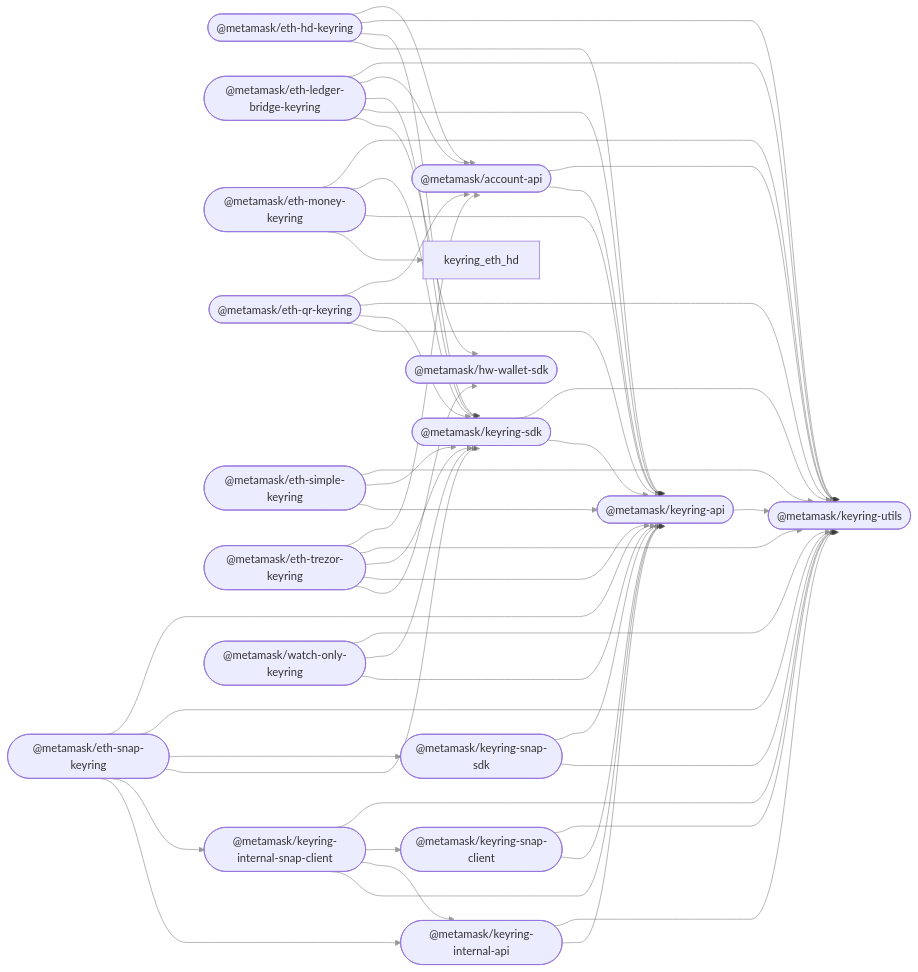
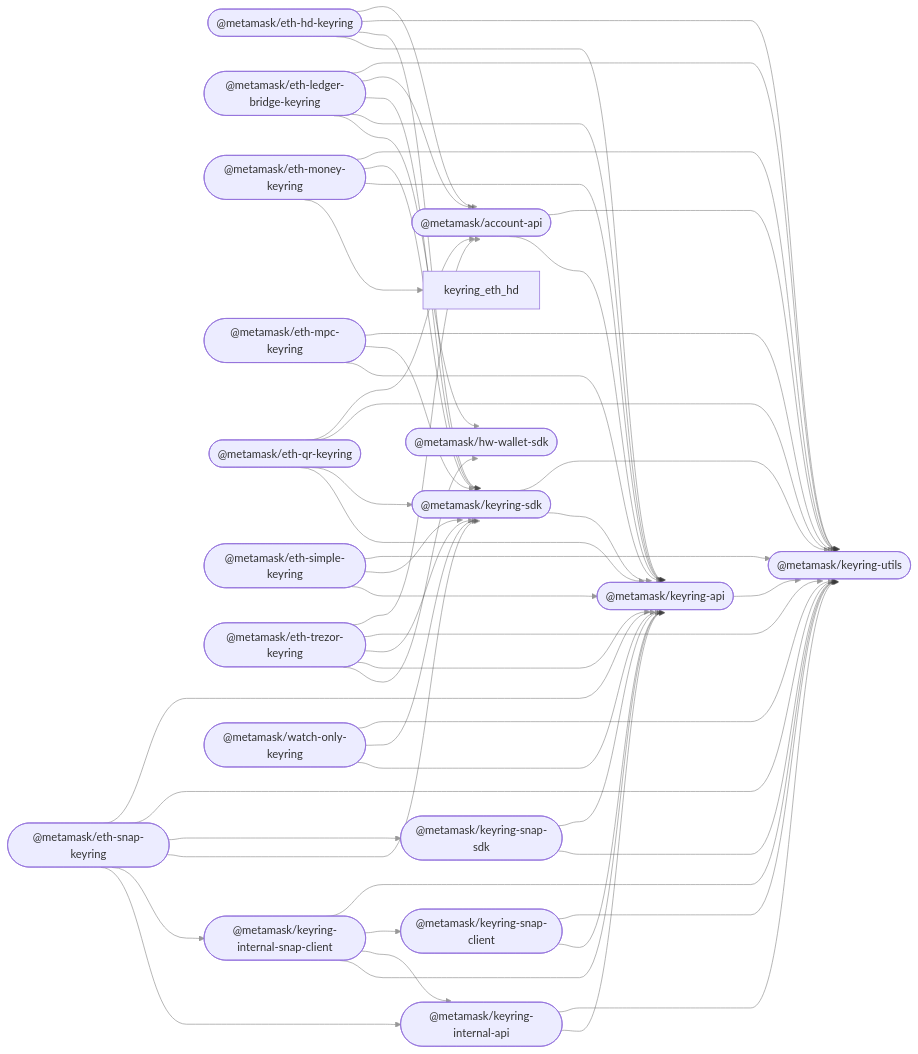
Before and after one commit to MetaMask/accounts: the diagram in README.md, drawn with Mermaid. The commit also changed other lines of this file and 20 other files, not shown here.

First line of the commit message:
feat(keyring-eth-mpc): add MPC keyring v2 support (#641)

````diff
--- a/README.md
+++ b/README.md
@@ -45,71 +46,75 @@
 ```mermaid
 %%{ init: { 'flowchart': { 'curve': 'bumpX' } } }%%
 graph LR;
 linkStyle default opacity:0.5
   account_api(["@metamask/account-api"]);
   hw_wallet_sdk(["@metamask/hw-wallet-sdk"]);
   keyring_api(["@metamask/keyring-api"]);
   eth_hd_keyring(["@metamask/eth-hd-keyring"]);
   eth_ledger_bridge_keyring(["@metamask/eth-ledger-bridge-keyring"]);
   eth_money_keyring(["@metamask/eth-money-keyring"]);
+  eth_mpc_keyring(["@metamask/eth-mpc-keyring"]);
   eth_qr_keyring(["@metamask/eth-qr-keyring"]);
   eth_simple_keyring(["@metamask/eth-simple-keyring"]);
   eth_trezor_keyring(["@metamask/eth-trezor-keyring"]);
   keyring_internal_api(["@metamask/keyring-internal-api"]);
   keyring_internal_snap_client(["@metamask/keyring-internal-snap-client"]);
   keyring_sdk(["@metamask/keyring-sdk"]);
   eth_snap_keyring(["@metamask/eth-snap-keyring"]);
   keyring_snap_client(["@metamask/keyring-snap-client"]);
   keyring_snap_sdk(["@metamask/keyring-snap-sdk"]);
   keyring_utils(["@metamask/keyring-utils"]);
   watch_only_keyring(["@metamask/watch-only-keyring"]);
   account_api --> keyring_api;
   account_api --> keyring_utils;
   keyring_api --> keyring_utils;
   eth_hd_keyring --> keyring_api;
   eth_hd_keyring --> keyring_sdk;
   eth_hd_keyring --> keyring_utils;
   eth_hd_keyring --> account_api;
   eth_ledger_bridge_keyring --> hw_wallet_sdk;
   eth_ledger_bridge_keyring --> keyring_api;
   eth_ledger_bridge_keyring --> keyring_sdk;
   eth_ledger_bridge_keyring --> account_api;
   eth_ledger_bridge_keyring --> keyring_utils;
   eth_money_keyring --> keyring_eth_hd;
   eth_money_keyring --> keyring_api;
   eth_money_keyring --> keyring_sdk;
   eth_money_keyring --> keyring_utils;
+  eth_mpc_keyring --> keyring_api;
+  eth_mpc_keyring --> keyring_sdk;
+  eth_mpc_keyring --> keyring_utils;
   eth_qr_keyring --> keyring_api;
   eth_qr_keyring --> keyring_sdk;
   eth_qr_keyring --> keyring_utils;
   eth_qr_keyring --> account_api;
   eth_simple_keyring --> keyring_api;
   eth_simple_keyring --> keyring_sdk;
   eth_simple_keyring --> keyring_utils;
   eth_trezor_keyring --> hw_wallet_sdk;
   eth_trezor_keyring --> keyring_api;
   eth_trezor_keyring --> keyring_sdk;
   eth_trezor_keyring --> keyring_utils;
   eth_trezor_keyring --> account_api;
   keyring_internal_api --> keyring_api;
   keyring_internal_api --> keyring_utils;
   keyring_internal_snap_client --> keyring_api;
   keyring_internal_snap_client --> keyring_internal_api;
   keyring_internal_snap_client --> keyring_snap_client;
   keyring_internal_snap_client --> keyring_utils;
   keyring_sdk --> keyring_api;
   keyring_sdk --> keyring_utils;
   eth_snap_keyring --> keyring_internal_api;
   eth_snap_keyring --> keyring_internal_snap_client;
   eth_snap_keyring --> keyring_sdk;
   eth_snap_keyring --> keyring_snap_sdk;
   eth_snap_keyring --> keyring_utils;
   eth_snap_keyring --> keyring_api;
   keyring_snap_client --> keyring_api;
   keyring_snap_client --> keyring_utils;
   keyring_snap_sdk --> keyring_utils;
   keyring_snap_sdk --> keyring_api;
   watch_only_keyring --> keyring_api;
   watch_only_keyring --> keyring_sdk;
   watch_only_keyring --> keyring_utils;
 ```
````
